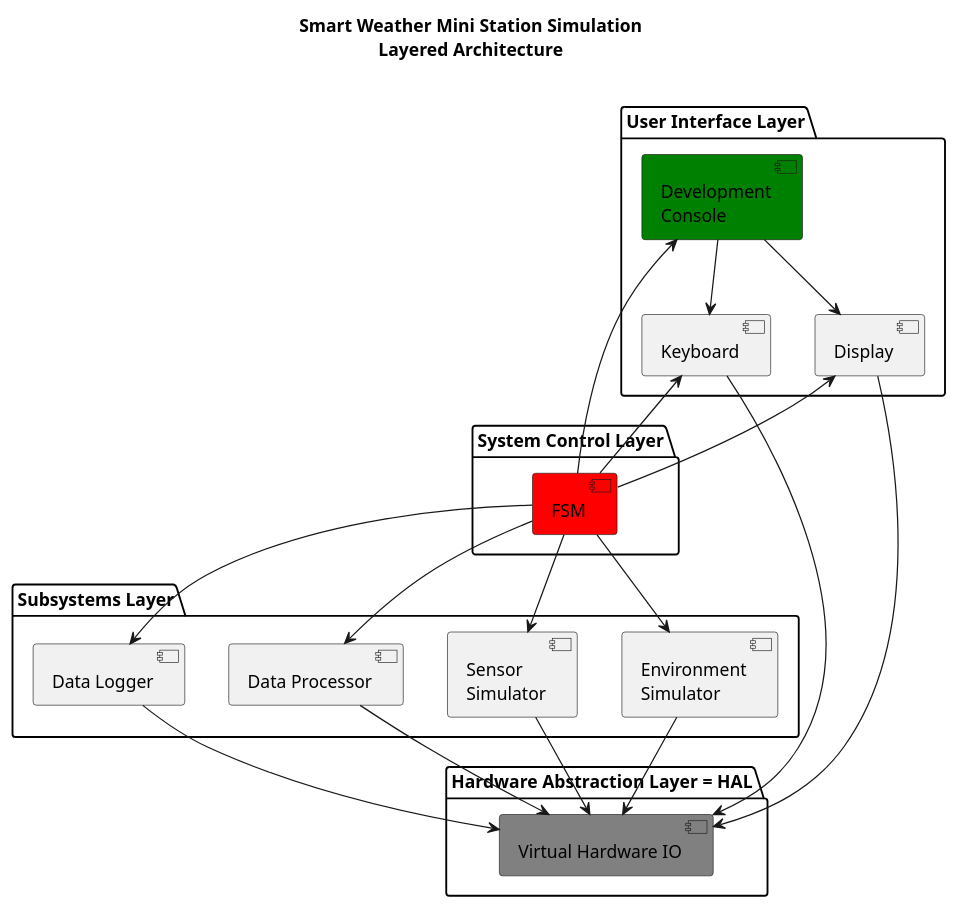
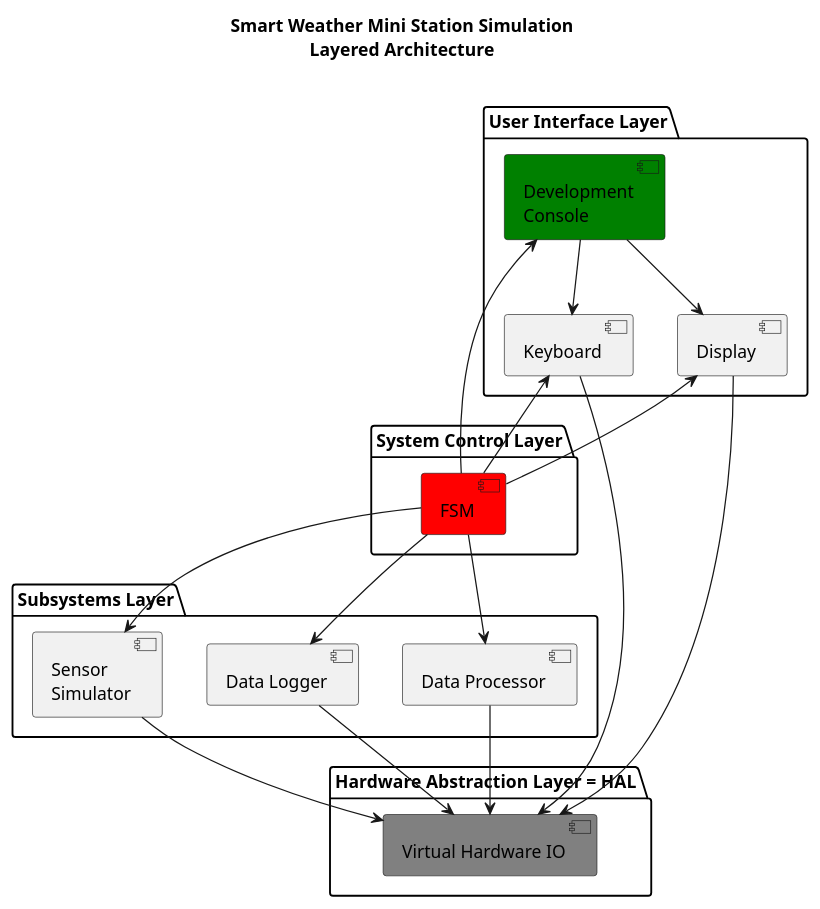
The diagram in plantUML/system_design.puml (miseyidov25/Smart-Mini-Weather-Station), drawn with PlantUML before and after one commit. The commit also changed 1 other file, not shown here.

```diff
--- a/plantUML/system_design.puml
+++ b/plantUML/system_design.puml
@@ -1,46 +1,44 @@
 @startuml System_Design_Layered_Architecture
 
 title Smart Weather Mini Station Simulation\nLayered Architecture\n
 
 package "User Interface Layer" {
     [Display]
     [Keyboard]
     [Development\nConsole] #green
 }
 
 package "System Control Layer" {
     [FSM] #red
 }
 
 package "Subsystems Layer" {
-    [Environment\nSimulator]
     [Sensor\nSimulator]
     [Data Processor]
     [Data Logger]
 }
 
 package "Hardware Abstraction Layer = HAL" {
     [Virtual Hardware IO] #grey
 }
 
-[FSM] -down-> [Environment\nSimulator]
+
 [FSM] -down-> [Sensor\nSimulator]
 [FSM] -down-> [Data Processor]
 [FSM] -down-> [Data Logger]
 
 [FSM] -up-> [Display]
 [FSM] -up-> [Keyboard]
 [FSM] -up-> [Development\nConsole]
 
-[Environment\nSimulator] --> [Virtual Hardware IO]
 [Sensor\nSimulator] --> [Virtual Hardware IO]
 [Data Processor] --> [Virtual Hardware IO]
 [Data Logger] --> [Virtual Hardware IO]
 
 [Development\nConsole] -down-> [Keyboard]
 [Development\nConsole] -down-> [Display]
 
 [Display] --> [Virtual Hardware IO]
 [Keyboard] --> [Virtual Hardware IO]
 
 @enduml
```
